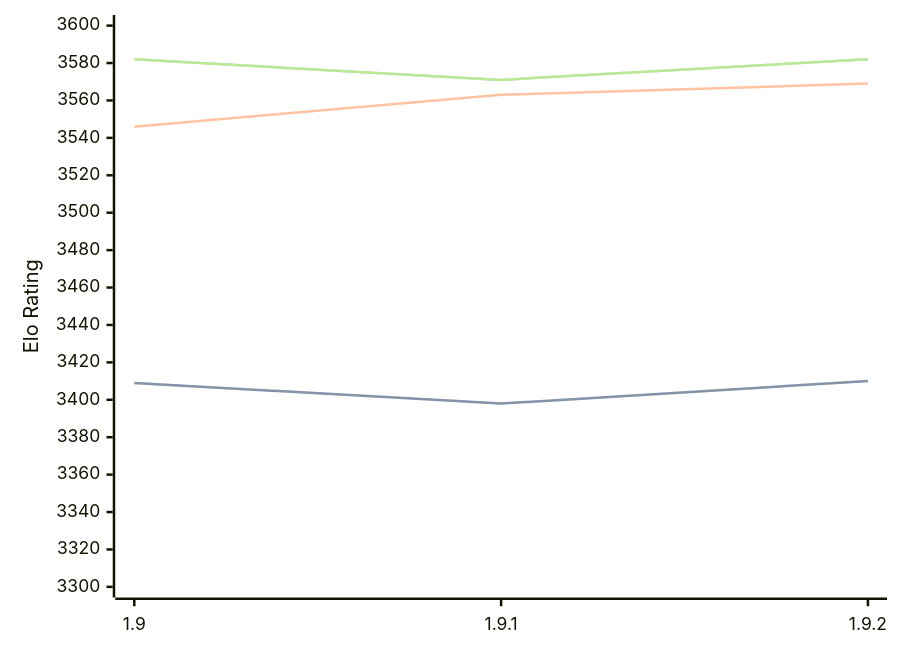
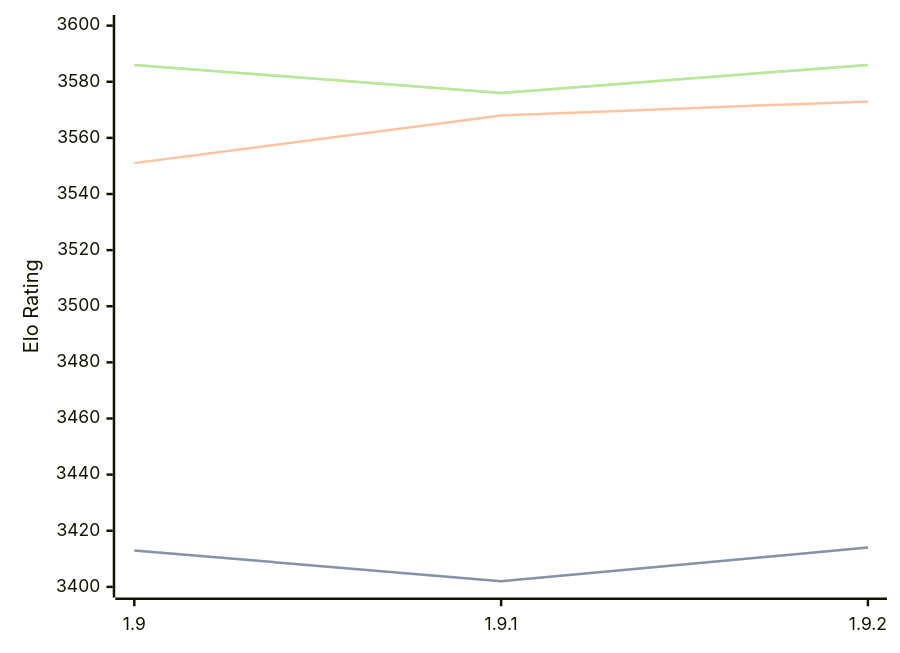
The diagram in engines/Pawnocchio.md (computer-chess-index/cci), drawn with Mermaid before and after one commit. The commit also changed other lines of this file, not shown here.

Commit message:
Update CCI Ratings (ELO VLTC) - 2026-04-18

````diff
--- a/engines/Pawnocchio.md
+++ b/engines/Pawnocchio.md
@@ -48,11 +48,11 @@
 ```mermaid
 %%{init: {"theme":"base","themeVariables":{"seriesColors:['#a3a3a3','#222221','#faa371']}}}%%
 xychart-beta
   x-axis ["1.9", "1.9.1", "1.9.2"]
-  y-axis "Elo Rating" 3300 --> 3600
-  line "STC (8.0+0.08s)" [3409, 3398, 3410]
-  line "STC (8.0+0.08s)" [3409, 3398, 3410]
-  line "LTC (60.0+0.60s)" [3546, 3563, 3569]
-  line "VLTC (2m24s+1.12s)" [3582, 3571, 3582]
-  line "VLTC (2m24s+1.12s)" [3582, 3571, 3582]
+  y-axis "Elo Rating" 3400 --> 3600
+  line "STC (8.0+0.08s)" [3413, 3402, 3414]
+  line "STC (8.0+0.08s)" [3413, 3402, 3414]
+  line "LTC (60.0+0.60s)" [3551, 3568, 3573]
+  line "VLTC (2m24s+1.12s)" [3586, 3576, 3586]
+  line "VLTC (2m24s+1.12s)" [3586, 3576, 3586]
 ```
````
